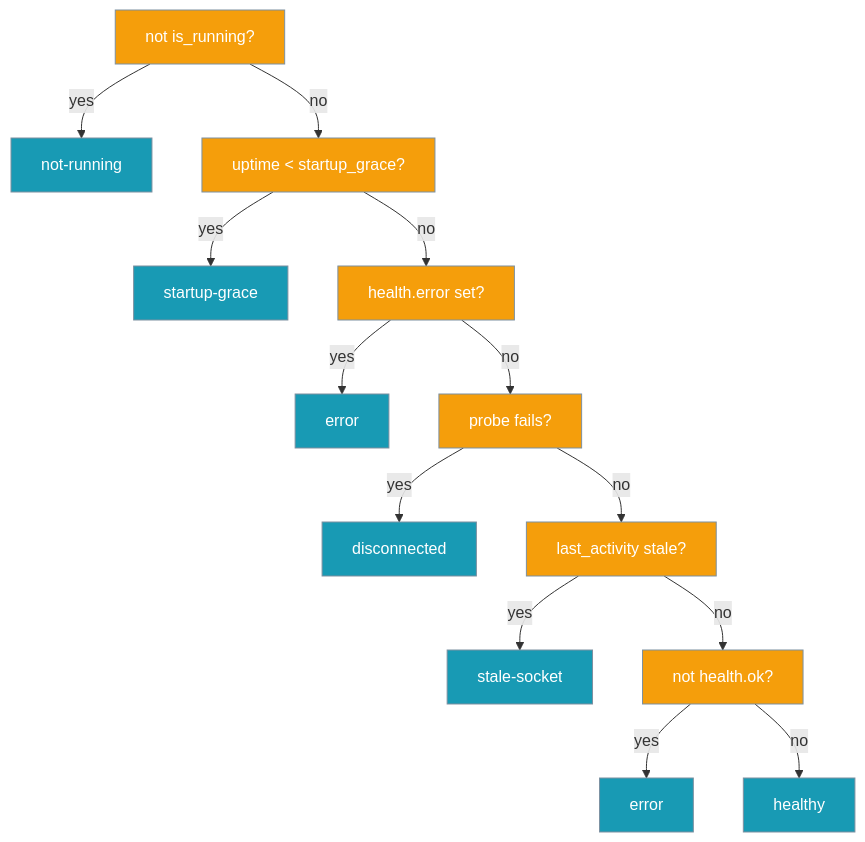
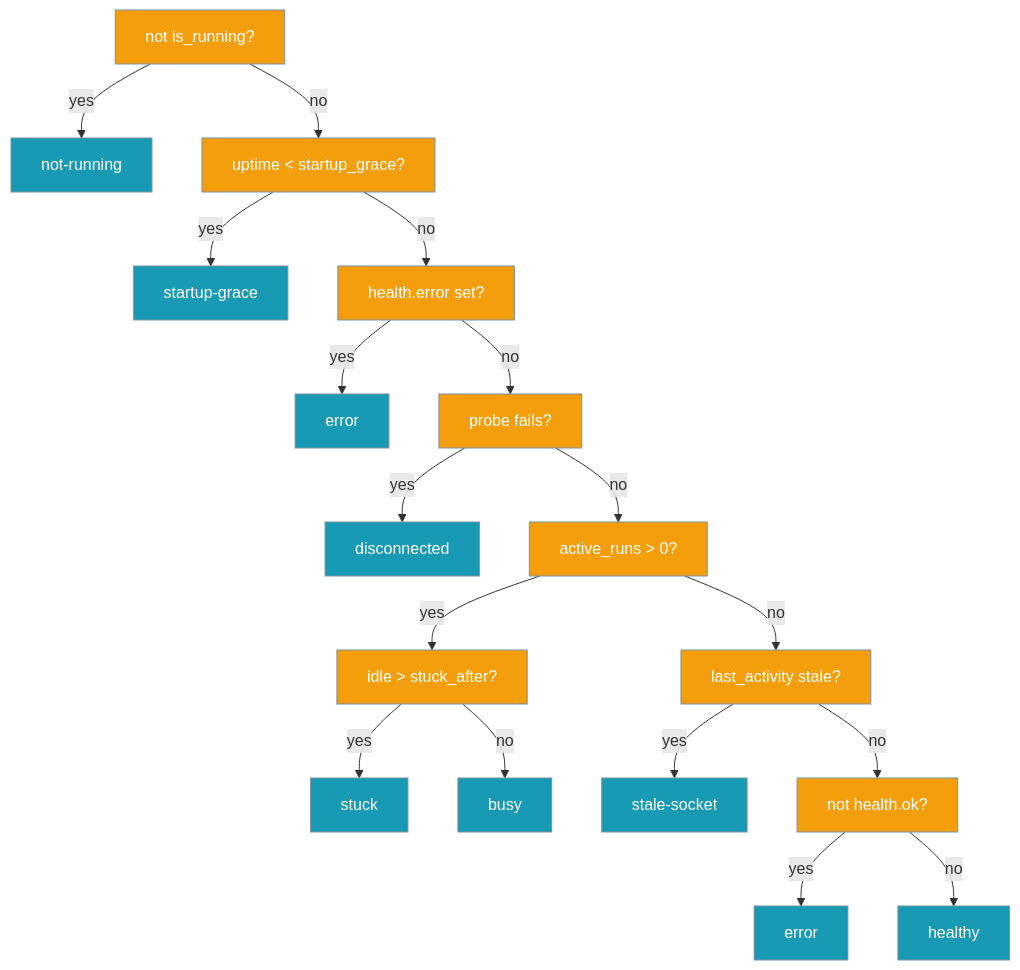
One commit to MervinPraison/PraisonAIDocs changed the fourth of 5 diagrams in docs/features/gateway-channel-supervision.mdx. Above: the diagram before and after it, drawn with Mermaid. The commit also changed other lines of this file and 1 other file, not shown here.

Commit message:
docs: update gateway-channel-supervision for stuck_after, BUSY/STUCK, and active_runs (fixes #1011)

````diff
--- a/docs/features/gateway-channel-supervision.mdx
+++ b/docs/features/gateway-channel-supervision.mdx
@@ -212,20 +214,24 @@
 ```mermaid
 graph TB
     A[not is_running?] -->|yes| NR[not-running]
     A -->|no| B[uptime < startup_grace?]
     B -->|yes| SG[startup-grace]
     B -->|no| C[health.error set?]
     C -->|yes| E[error]
     C -->|no| D[probe fails?]
     D -->|yes| DC[disconnected]
-    D -->|no| F[last_activity stale?]
+    D -->|no| R[active_runs > 0?]
+    R -->|yes| RS[idle > stuck_after?]
+    RS -->|yes| ST[stuck]
+    RS -->|no| BS[busy]
+    R -->|no| F[last_activity stale?]
     F -->|yes| SS[stale-socket]
     F -->|no| G[not health.ok?]
     G -->|yes| E2[error]
     G -->|no| H[healthy]
 
     classDef check fill:#F59E0B,stroke:#7C90A0,color:#fff
     classDef result fill:#189AB4,stroke:#7C90A0,color:#fff
-    class A,B,C,D,F,G check
-    class NR,SG,E,DC,SS,E2,H result
+    class A,B,C,D,F,G,R,RS check
+    class NR,SG,E,DC,SS,E2,H,ST,BS result
 ```
````
